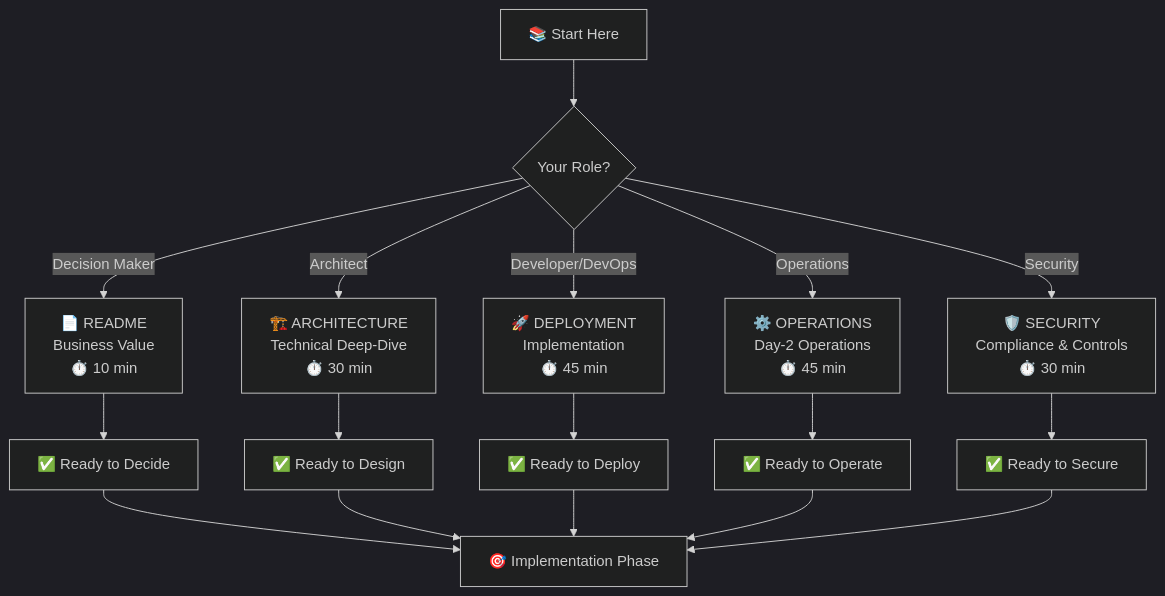
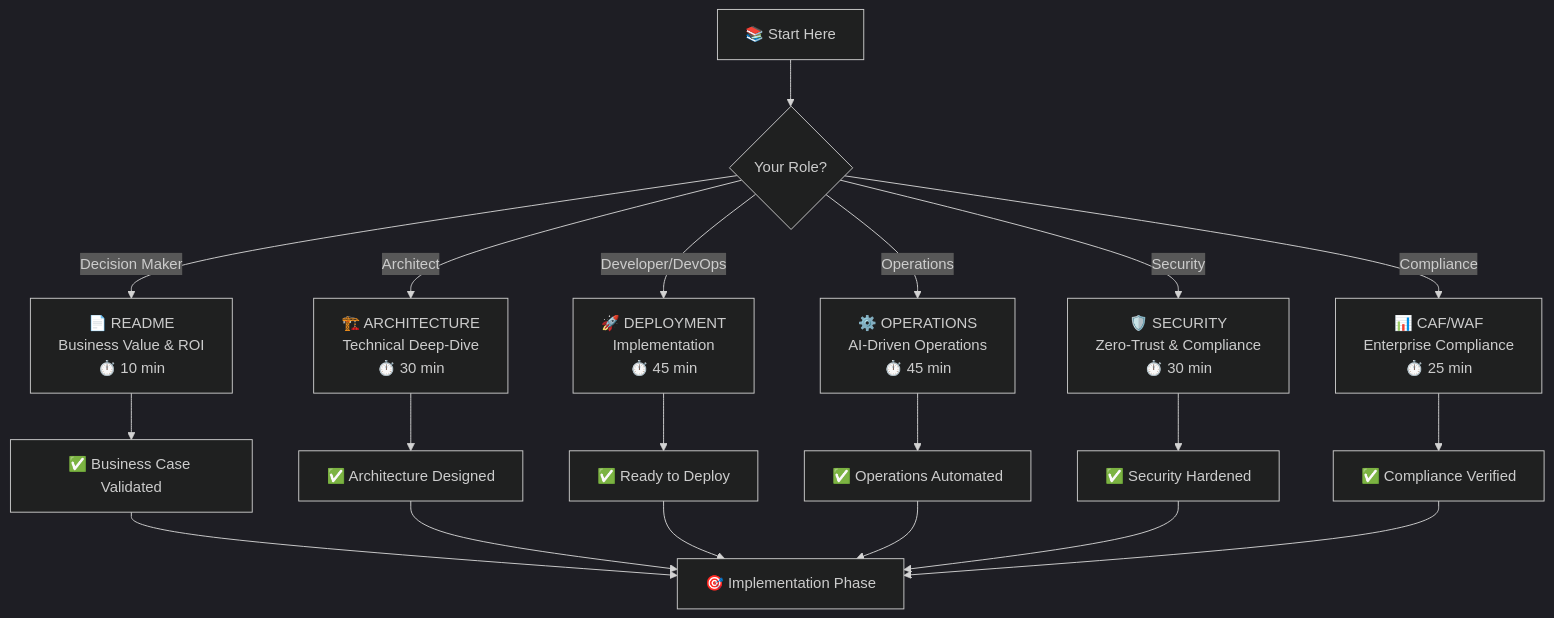
Before and after one commit to srnichols/StampsPattern: the first of 5 diagrams in DOCS.md, drawn with Mermaid (dark theme). The commit also changed other lines of this file and 18 other files, not shown here.

First line of the commit message:
feat: Establish production-ready baseline with comprehensive CAF/WAF compliance

````diff
--- a/DOCS.md
+++ b/DOCS.md
@@ -7,22 +22,25 @@
 ```mermaid
 graph TD
     A[📚 Start Here] --> B{Your Role?}
     
-    B -->|Decision Maker| C[📄 README<br/>Business Value<br/>⏱️ 10 min]
+    B -->|Decision Maker| C[📄 README<br/>Business Value & ROI<br/>⏱️ 10 min]
     B -->|Architect| D[🏗️ ARCHITECTURE<br/>Technical Deep-Dive<br/>⏱️ 30 min]
     B -->|Developer/DevOps| E[🚀 DEPLOYMENT<br/>Implementation<br/>⏱️ 45 min]
-    B -->|Operations| F[⚙️ OPERATIONS<br/>Day-2 Operations<br/>⏱️ 45 min]
-    B -->|Security| G[🛡️ SECURITY<br/>Compliance & Controls<br/>⏱️ 30 min]
+    B -->|Operations| F[⚙️ OPERATIONS<br/>AI-Driven Operations<br/>⏱️ 45 min]
+    B -->|Security| G[🛡️ SECURITY<br/>Zero-Trust & Compliance<br/>⏱️ 30 min]
+    B -->|Compliance| N[📊 CAF/WAF<br/>Enterprise Compliance<br/>⏱️ 25 min]
     
-    C --> H[✅ Ready to Decide]
-    D --> I[✅ Ready to Design]
+    C --> H[✅ Business Case Validated]
+    D --> I[✅ Architecture Designed]
     E --> J[✅ Ready to Deploy]
-    F --> K[✅ Ready to Operate]
-    G --> L[✅ Ready to Secure]
+    F --> K[✅ Operations Automated]
+    G --> L[✅ Security Hardened]
+    N --> O[✅ Compliance Verified]
     
     H --> M[🎯 Implementation Phase]
     I --> M
     J --> M
     K --> M
     L --> M
+    O --> M
 ```
````
